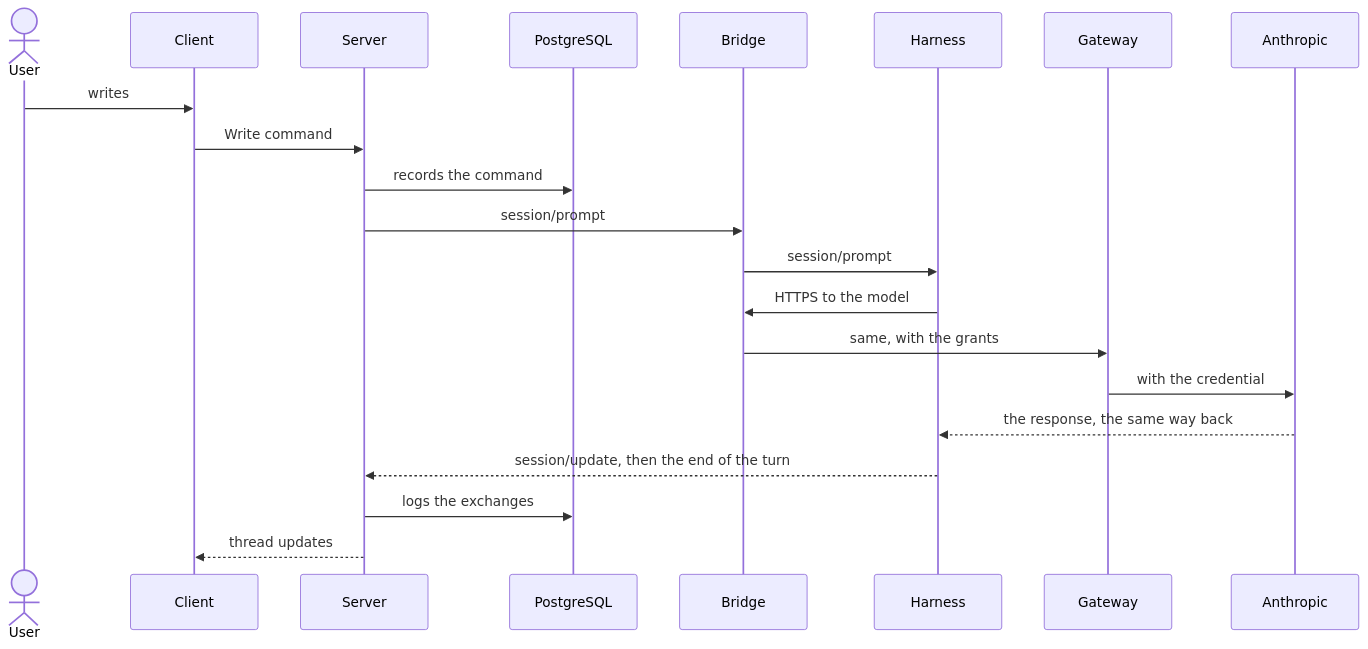
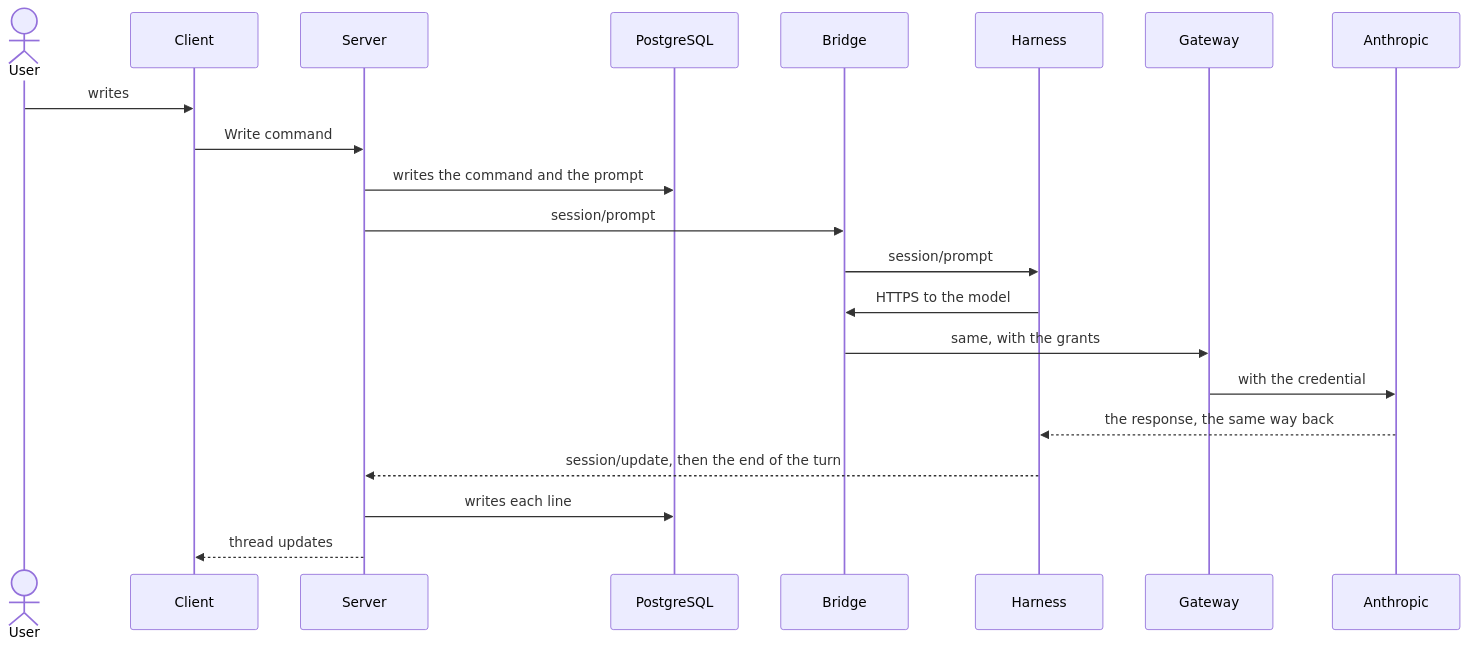
The second of 2 diagrams in docs/architecture/_overview.md (arnaultbretagne/agora), drawn with Mermaid before and after one commit. The commit also changed other lines of this file and 4 other files, not shown here.

````diff
--- a/docs/architecture/_overview.md
+++ b/docs/architecture/_overview.md
@@ -95,23 +95,23 @@
 ```mermaid
 sequenceDiagram
     actor User
     participant Client
     participant Server
     participant DB as PostgreSQL
     participant Bridge
     participant Harness
     participant Gateway
     participant Model as Anthropic
     User->>Client: writes
     Client->>Server: Write command
-    Server->>DB: records the command
+    Server->>DB: writes the command and the prompt
     Server->>Bridge: session/prompt
     Bridge->>Harness: session/prompt
     Harness->>Bridge: HTTPS to the model
     Bridge->>Gateway: same, with the grants
     Gateway->>Model: with the credential
     Model-->>Harness: the response, the same way back
     Harness-->>Server: session/update, then the end of the turn
-    Server->>DB: logs the exchanges
+    Server->>DB: writes each line
     Server-->>Client: thread updates
 ```
````
